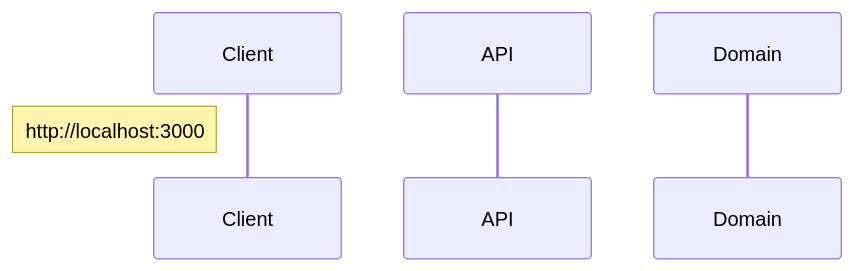
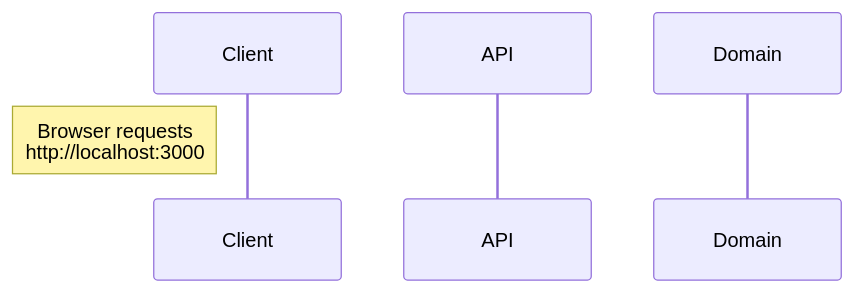
One commit to stijnlinderman/eldorado changed the first of 3 diagrams in ARCHITECTURE.md. Above: the diagram before and after it, drawn with Mermaid.

````diff
--- a/ARCHITECTURE.md
+++ b/ARCHITECTURE.md
@@ -4,7 +4,7 @@
 ```mermaid
 sequenceDiagram
     participant Client
     participant API
     participant Domain
-    Note left of Client: http://localhost:3000
+    Note left of Client: Browser requests<br>http://localhost:3000
 ```
````
